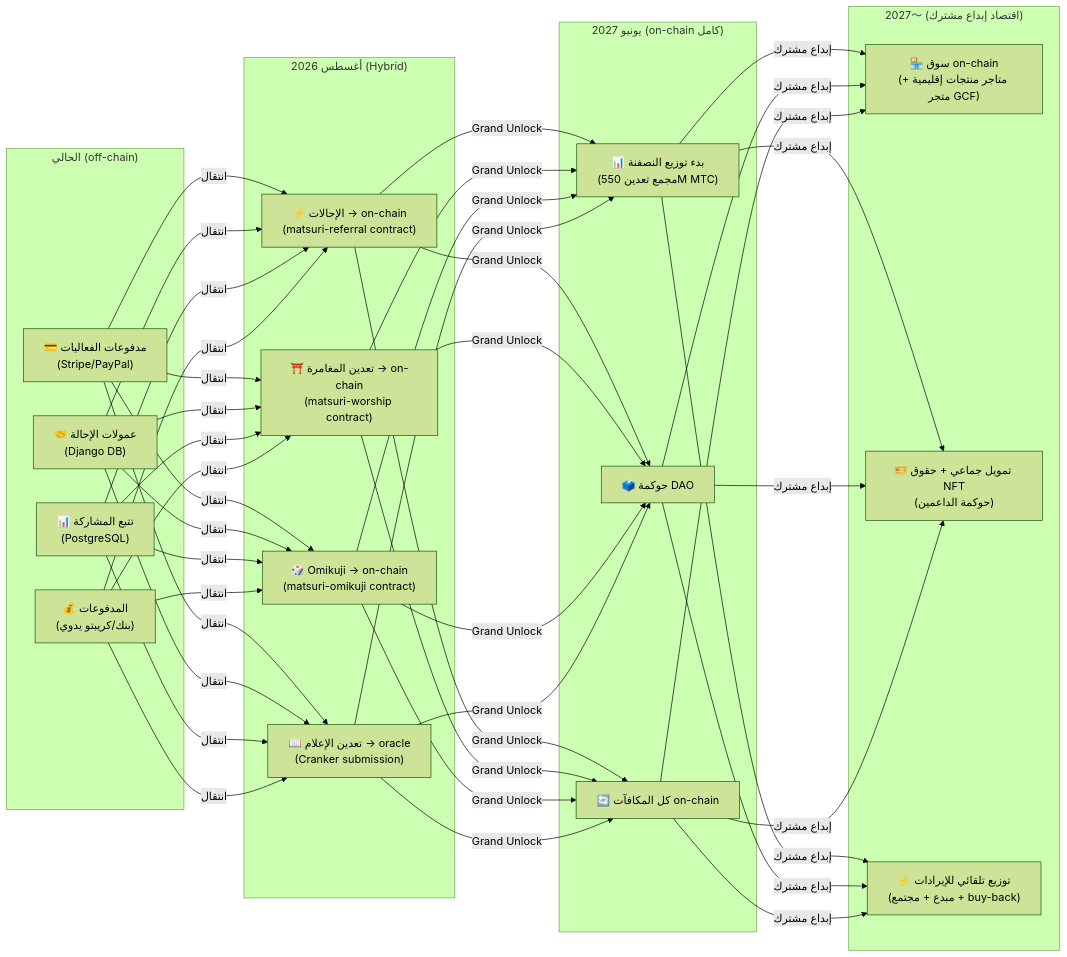
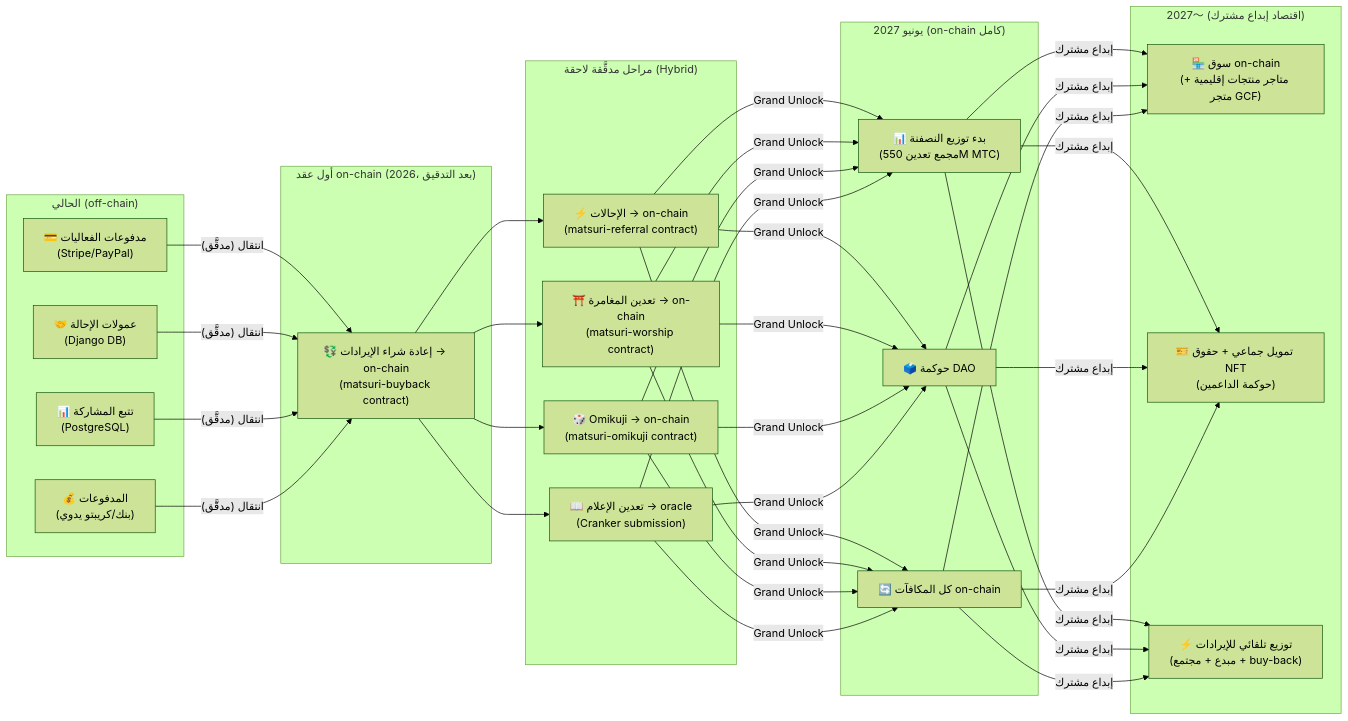
Before and after one commit to Cootakahashi/matsuri-dao-whitepaper: the fourth of 4 diagrams in i18n/ar/docusaurus-plugin-content-docs/current/04-mining.md, drawn with Mermaid (forest theme). The commit also changed other lines of this file and 79 other files, not shown here.

First line of the commit message:
docs: re-sequence on-chain roadmap to match the staged Hashlock audit (20 locales)

````diff
--- a/i18n/ar/docusaurus-plugin-content-docs/current/04-mining.md
+++ b/i18n/ar/docusaurus-plugin-content-docs/current/04-mining.md
@@ -334,28 +344,32 @@
 ```mermaid
 graph LR
     subgraph "الحالي (off-chain)"
         O1["💳 مدفوعات الفعاليات\n(Stripe/PayPal)"]
         O2["🤝 عمولات الإحالة\n(Django DB)"]
         O3["📊 تتبع المشاركة\n(PostgreSQL)"]
         O4["💰 المدفوعات\n(بنك/كريبتو يدوي)"]
     end
-    subgraph "أغسطس 2026 (Hybrid)"
+    subgraph "أول عقد on-chain (2026، بعد التدقيق)"
+        H0["💱 إعادة شراء الإيرادات → on-chain\n(matsuri-buyback contract)"]
+    end
+    subgraph "مراحل مدقَّقة لاحقة (Hybrid)"
         H1["⚡ الإحالات → on-chain\n(matsuri-referral contract)"]
         H2["⛩️ تعدين المغامرة → on-chain\n(matsuri-worship contract)"]
         H3["🎲 Omikuji → on-chain\n(matsuri-omikuji contract)"]
         H4["📖 تعدين الإعلام → oracle\n(Cranker submission)"]
     end
     subgraph "يونيو 2027 (on-chain كامل)"
         F1["📊 بدء توزيع النصفنة\n(مجمع تعدين 550M MTC)"]
         F2["🗳️ حوكمة DAO"]
         F3["🔄 كل المكافآت on-chain"]
     end
     subgraph "2027〜 (اقتصاد إبداع مشترك)"
         G1["🏪 سوق on-chain\n(متاجر منتجات إقليمية + متجر GCF)"]
         G2["🎫 تمويل جماعي + حقوق NFT\n(حوكمة الداعمين)"]
         G3["⚡ توزيع تلقائي للإيرادات\n(مبدع + مجتمع + buy-back)"]
     end
-    O1 & O2 & O3 & O4 -->|"انتقال"| H1 & H2 & H3 & H4
+    O1 & O2 & O3 & O4 -->|"انتقال (مدقَّق)"| H0
+    H0 --> H1 & H2 & H3 & H4
     H1 & H2 & H3 & H4 -->|"Grand Unlock"| F1 & F2 & F3
     F1 & F2 & F3 -->|"إبداع مشترك"| G1 & G2 & G3
 ```
````
